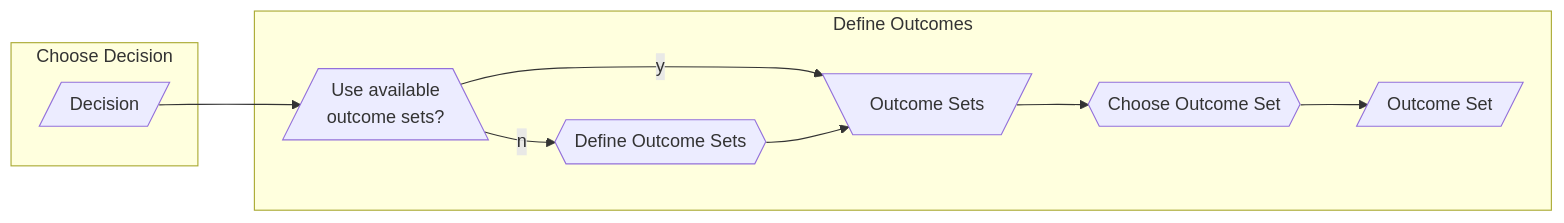
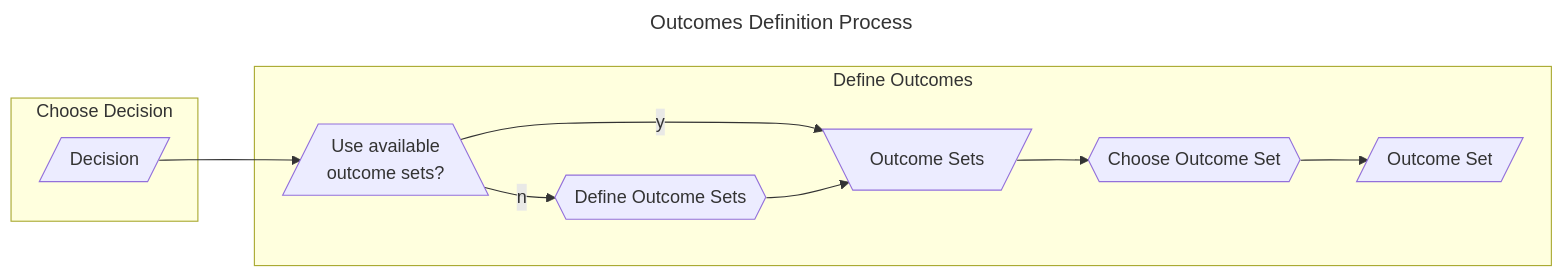
Before and after one commit to CERTCC/SSVC: the third of 7 diagrams in docs/howto/bootstrap/prepare.md, drawn with Mermaid. The commit also changed other lines of this file, not shown here.

````diff
--- a/docs/howto/bootstrap/prepare.md
+++ b/docs/howto/bootstrap/prepare.md
@@ -75,19 +84,22 @@
 ```mermaid
+---
+title: Outcomes Definition Process
+---
 flowchart LR
     subgraph dd[Choose Decision]
     d[/Decision/]
     end
     subgraph outcomes [Define Outcomes]
         oc1[/Use available<br/>outcome sets?\]
         dos{{Define Outcome Sets}}
         oss[\Outcome Sets/]
         cos{{Choose Outcome Set}}
         os[/Outcome Set/]
     end
     d --> oc1
     oc1 -->|y| oss
     oc1 -->|n| dos
     dos --> oss
     cos --> os
     oss --> cos
 ```
````
